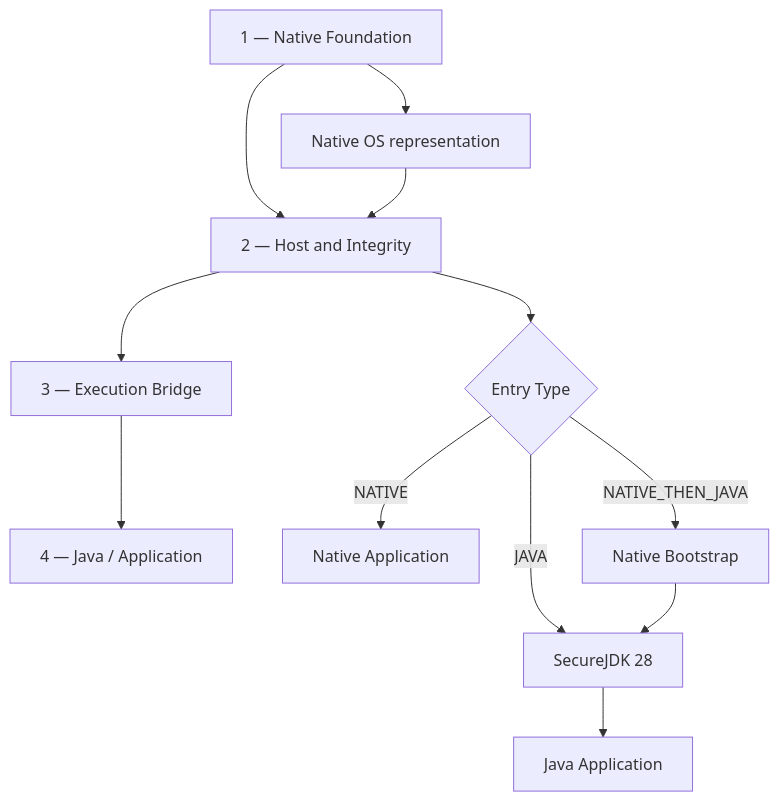
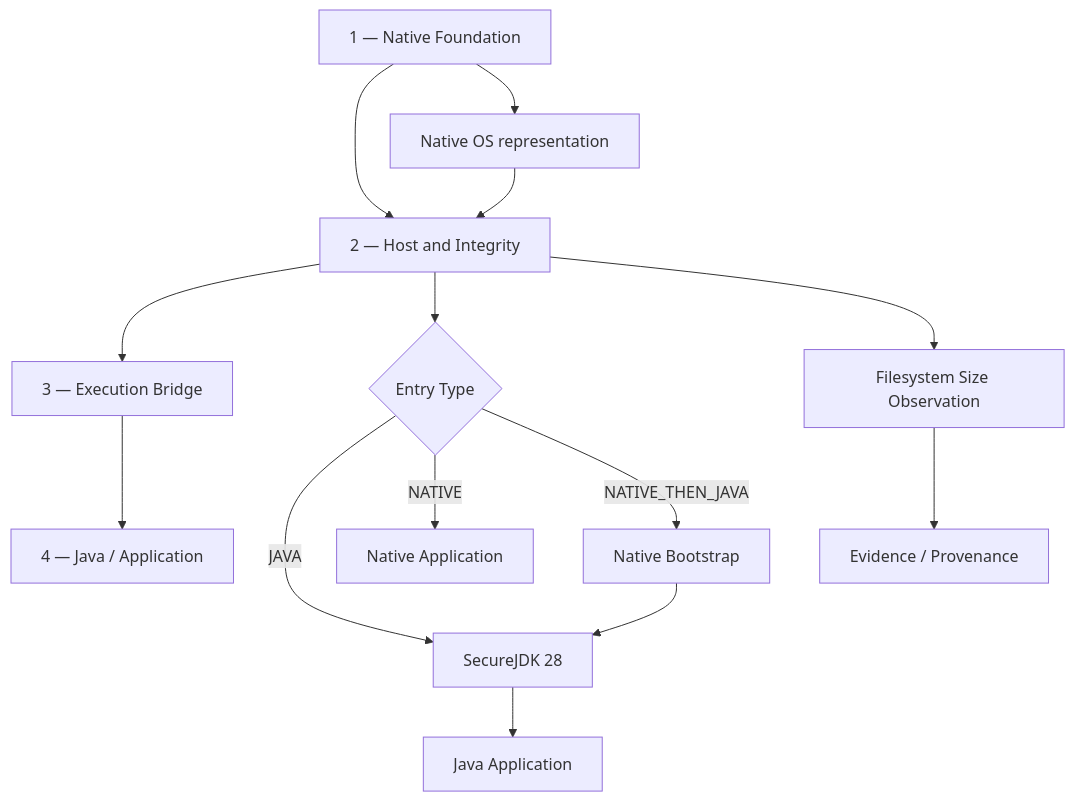
Before and after one commit to mearvk/Ubuntu-Determinant-Alpha_RS_r: the diagram in ASYSMA-1-2-3-4-2026-08-25.mmd, drawn with Mermaid. The commit also changed other lines of this file, not shown here.

Commit message:
Update ASYSMA 1-2-3-4 record for size observation

````diff
--- a/ASYSMA-1-2-3-4-2026-08-25.mmd
+++ b/ASYSMA-1-2-3-4-2026-08-25.mmd
@@ -3,13 +3,15 @@
 ```mermaid
 flowchart TD
     A[1 — Native Foundation] --> B[2 — Host and Integrity]
     B --> C[3 — Execution Bridge]
     C --> D[4 — Java / Application]
     A --> N[Native OS representation]
     N --> B
     B --> P{Entry Type}
     P -->|JAVA| J[SecureJDK 28]
     P -->|NATIVE| X[Native Application]
     P -->|NATIVE_THEN_JAVA| T[Native Bootstrap] --> J
     J --> APP[Java Application]
+    B --> S[Filesystem Size Observation]
+    S --> I[Evidence / Provenance]
 ```
````
